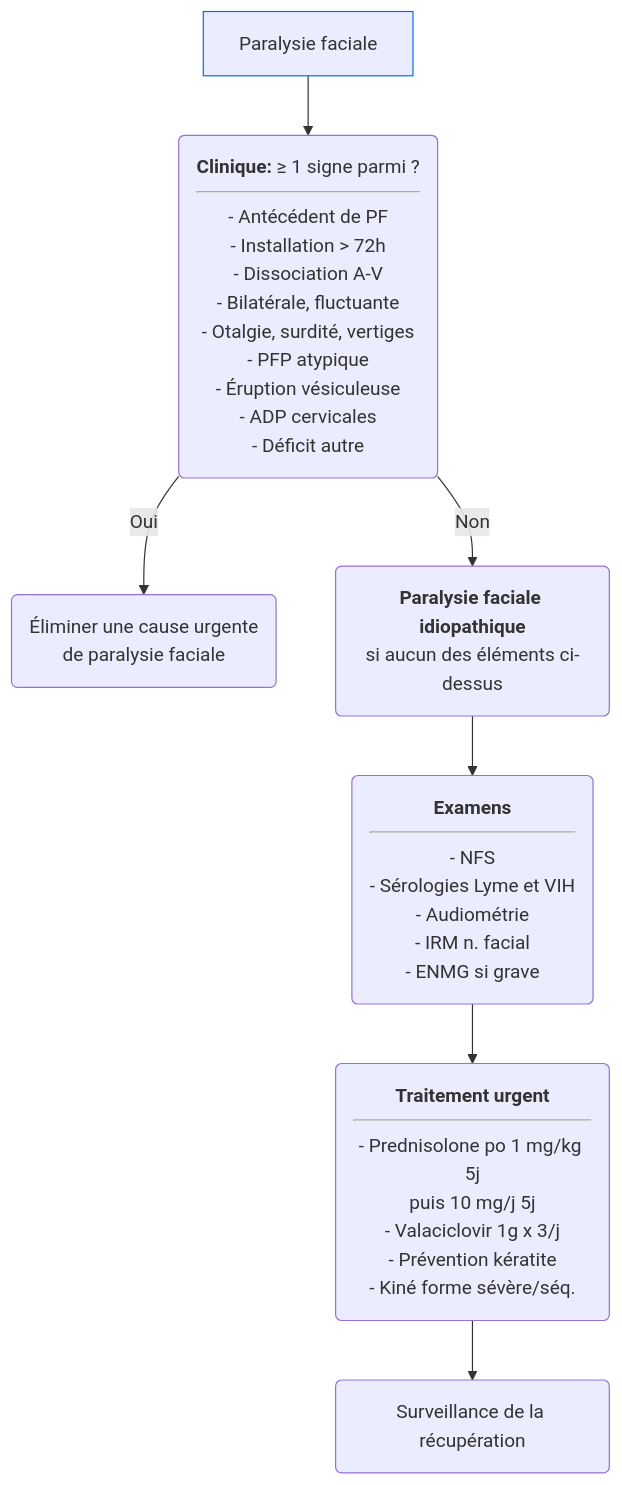
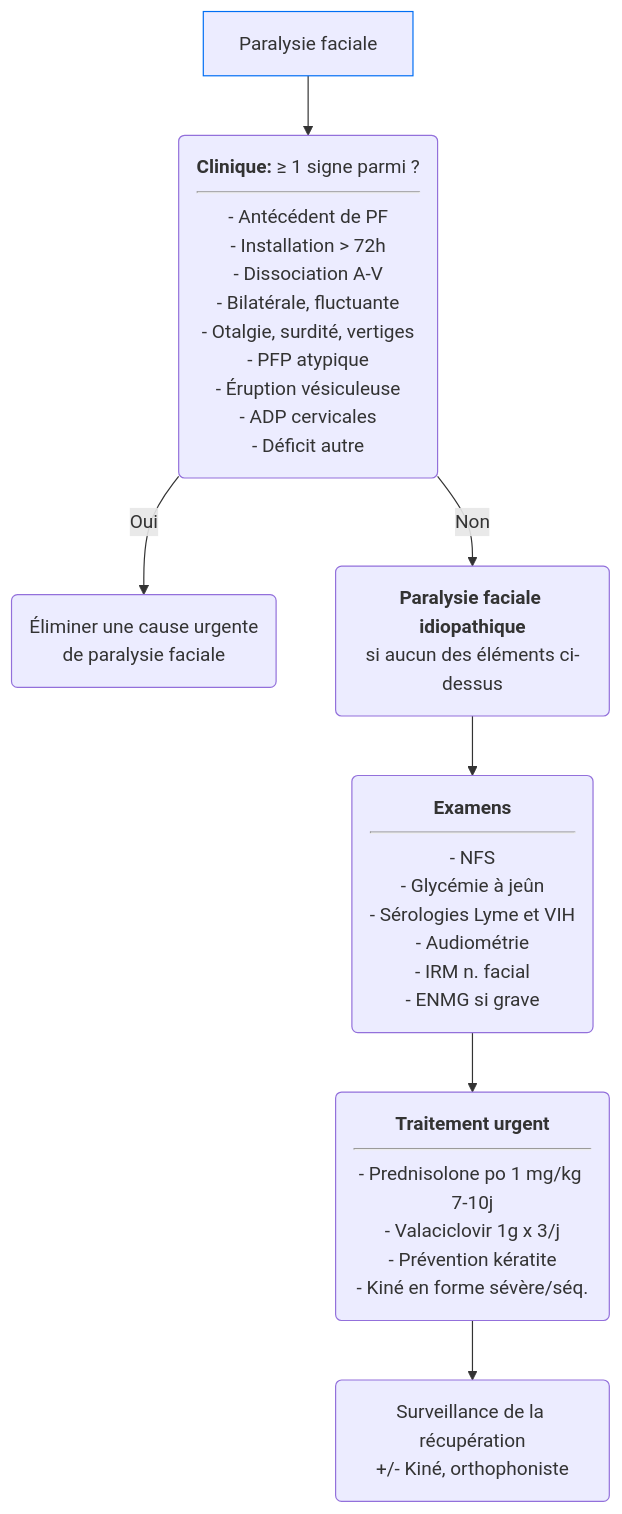
One commit to djibe/recommandations-medicales changed the diagram in content/recommandations/paralysie-faciale-idiopathique.md. Above: the diagram before and after it, drawn with Mermaid. The commit also changed other lines of this file and 5 other files, not shown here.

```diff
--- a/content/recommandations/paralysie-faciale-idiopathique.md
+++ b/content/recommandations/paralysie-faciale-idiopathique.md
@@ -242,10 +271,10 @@
 {{< mermaid title="Conduite à tenir devant une paralysie faciale idiopathique. Dr JB FRON d'après SFORL 2020" >}}
 graph TB
   PF[Paralysie faciale] --> atypie("<b>Clinique:</b> &ge; 1 signe parmi ?<hr>- Antécédent de PF<br>- Installation &gt; 72h<br>- Dissociation A-V<br>- Bilatérale, fluctuante<br>- Otalgie, surdité, vertiges<br>- PFP atypique<br>- Éruption vésiculeuse<br>- ADP cervicales<br>- Déficit autre")
   style PF stroke:#006ef4, stroke-width:1px
     atypie -- Oui --> differentiel("Éliminer une cause urgente<br>de paralysie faciale")
     atypie -- Non --> PFI("<b>Paralysie faciale idiopathique</b><br>si aucun des éléments ci-dessus")
-      PFI --> bilan("<b>Examens</b><hr>- NFS<br>- Sérologies Lyme et VIH<br>- Audiométrie<br>- IRM n. facial<br>- ENMG si grave")
-        bilan --> ttt("<b>Traitement urgent</b><hr>- Prednisolone po 1 mg/kg 5j<br>puis 10 mg/j 5j<br>- Valaciclovir 1g x 3/j<br>- Prévention kératite<br>- Kiné forme sévère/séq.")
-          ttt --> surv(Surveillance de la récupération)
+      PFI --> bilan("<b>Examens</b><hr>- NFS<br>- Glycémie à jeûn<br>- Sérologies Lyme et VIH<br>- Audiométrie<br>- IRM n. facial<br>- ENMG si grave")
+        bilan --> ttt("<b>Traitement urgent</b><hr>- Prednisolone po 1 mg/kg 7-10j<br>- Valaciclovir 1g x 3/j<br>- Prévention kératite<br>- Kiné en forme sévère/séq.")
+          ttt --> surv(Surveillance de la récupération<br>+/- Kiné, orthophoniste)
 {{< /mermaid >}}
```
